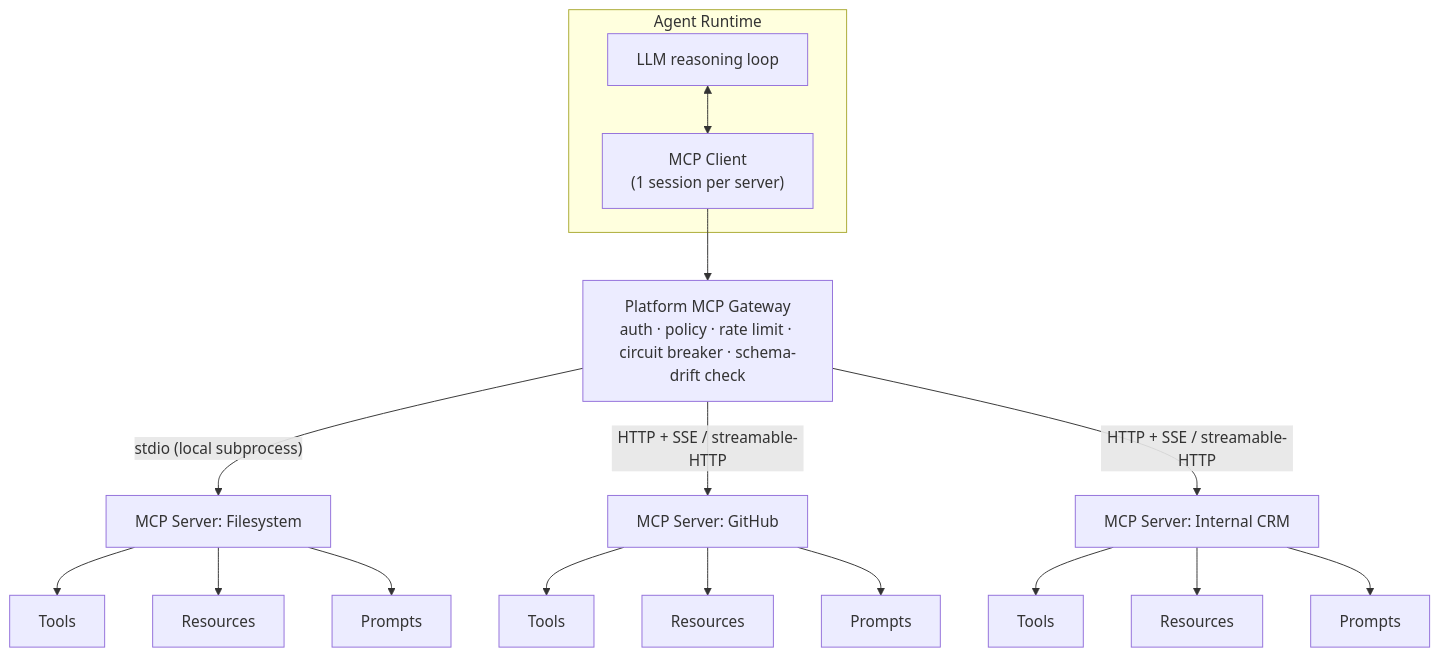
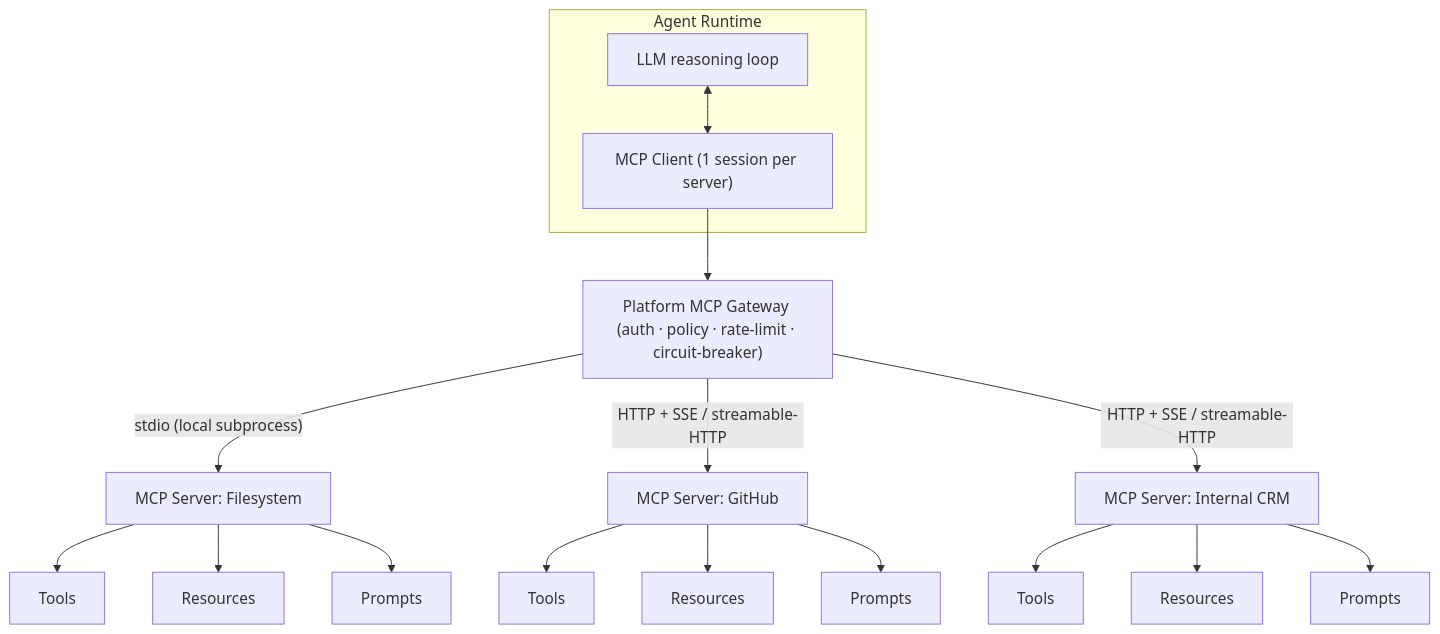
The second of 4 diagrams in learning/agentic-ai-system-design/03-tool-mcp-and-skill-registry.md (dsgouda7/ai-portfolio), drawn with Mermaid before and after one commit. The commit also changed 11 other files, not shown here.

````diff
--- a/learning/agentic-ai-system-design/03-tool-mcp-and-skill-registry.md
+++ b/learning/agentic-ai-system-design/03-tool-mcp-and-skill-registry.md
@@ -219,26 +219,26 @@
 ```mermaid
 flowchart TB
     subgraph AgentRuntime ["Agent Runtime"]
         LLM["LLM reasoning loop"]
-        MCPClient["MCP Client\n(1 session per server)"]
+        MCPClient["MCP Client (1 session per server)"]
         LLM <--> MCPClient
     end
 
-    MCPClient --> Gateway["Platform MCP Gateway\nauth · policy · rate limit · circuit breaker · schema-drift check"]
+    MCPClient --> Gateway["Platform MCP Gateway (auth · policy · rate-limit · circuit-breaker)"]
 
     Gateway -->|"stdio (local subprocess)"| SrvA["MCP Server: Filesystem"]
     Gateway -->|"HTTP + SSE / streamable-HTTP"| SrvB["MCP Server: GitHub"]
     Gateway -->|"HTTP + SSE / streamable-HTTP"| SrvC["MCP Server: Internal CRM"]
 
     SrvA --> ToolsA["Tools"]
     SrvA --> ResA["Resources"]
     SrvA --> PromptsA["Prompts"]
 
     SrvB --> ToolsB["Tools"]
     SrvB --> ResB["Resources"]
     SrvB --> PromptsB["Prompts"]
 
     SrvC --> ToolsC["Tools"]
     SrvC --> ResC["Resources"]
     SrvC --> PromptsC["Prompts"]
 ```
````
